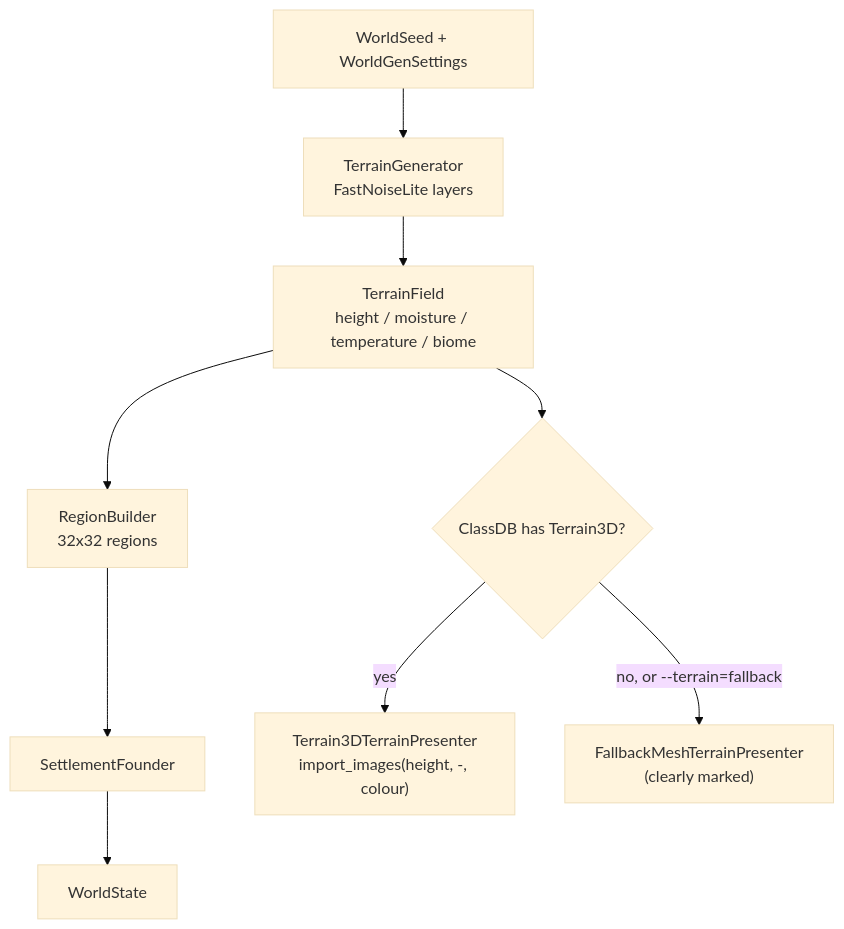
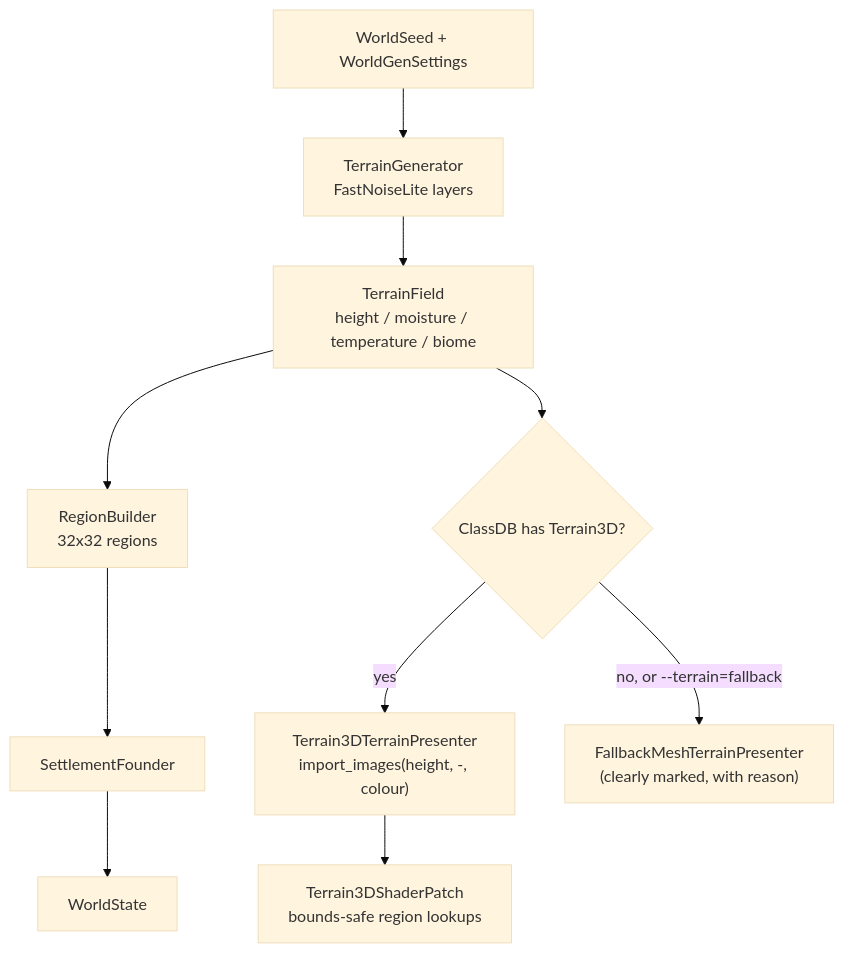
The fourth of 4 diagrams in docs/ARCHITECTURE.md (roeyazroel/pantheon), drawn with Mermaid (base theme) before and after one commit. The commit also changed other lines of this file and 1 other file, not shown here.

Commit message:
docs: record the Terrain3D shader patch, water tuning and smoke-run options

````diff
--- a/docs/ARCHITECTURE.md
+++ b/docs/ARCHITECTURE.md
@@ -210,11 +219,12 @@
 ```mermaid
 flowchart TD
     Seed["WorldSeed + WorldGenSettings"] --> TG["TerrainGenerator<br/>FastNoiseLite layers"]
     TG --> TF["TerrainField<br/>height / moisture / temperature / biome"]
     TF --> RB["RegionBuilder<br/>32x32 regions"]
     RB --> SF["SettlementFounder"]
     SF --> WS["WorldState"]
     TF --> TPF{"ClassDB has Terrain3D?"}
     TPF -- yes --> T3["Terrain3DTerrainPresenter<br/>import_images(height, -, colour)"]
-    TPF -- "no, or --terrain=fallback" --> FB["FallbackMeshTerrainPresenter<br/>(clearly marked)"]
+    T3 --> SP["Terrain3DShaderPatch<br/>bounds-safe region lookups"]
+    TPF -- "no, or --terrain=fallback" --> FB["FallbackMeshTerrainPresenter<br/>(clearly marked, with reason)"]
 ```
````
